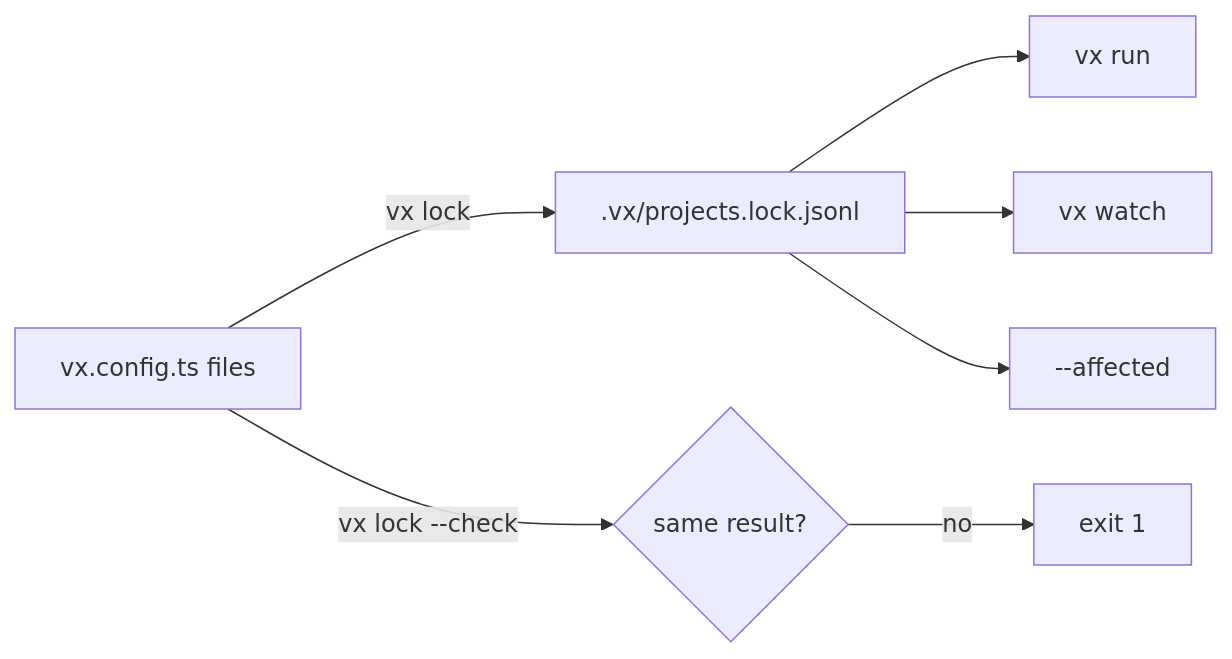
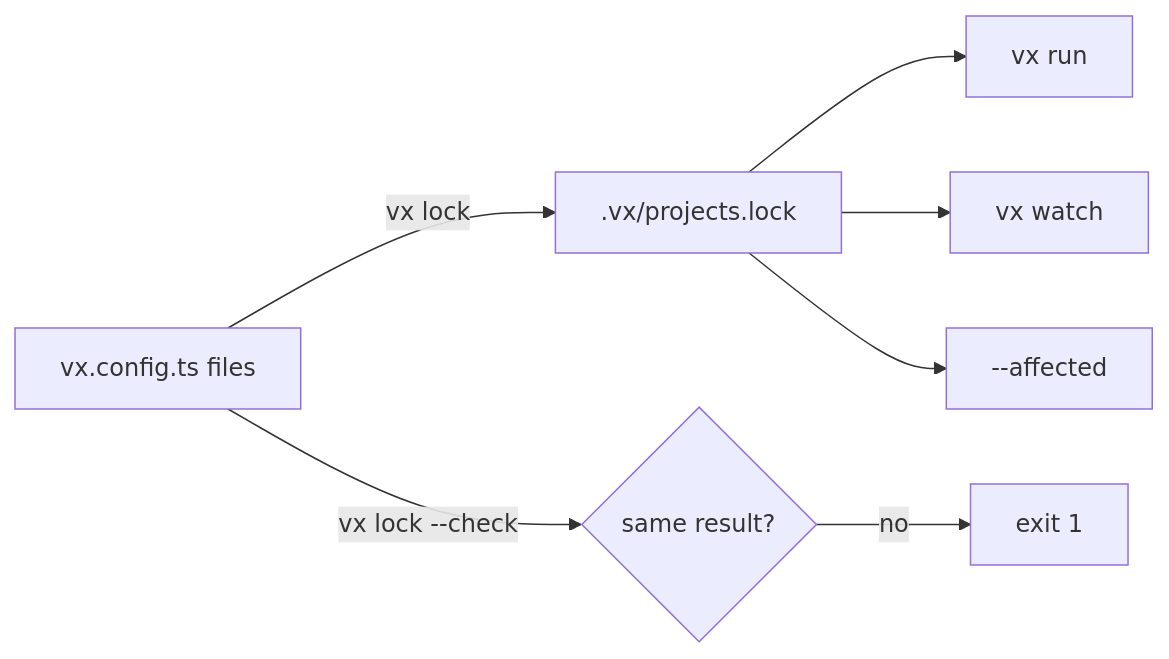
One commit to vznjs/vx changed the diagram in private/vx-docs/src/content/docs/blog/lock-and-frozen.md. Above: the diagram before and after it, drawn with Mermaid. The commit also changed other lines of this file and 125 other files, not shown here.

First line of the commit message:
refactor(cli)!: drop the lock merge driver, name it .vx/projects.lock

````diff
--- a/private/vx-docs/src/content/docs/blog/lock-and-frozen.md
+++ b/private/vx-docs/src/content/docs/blog/lock-and-frozen.md
@@ -40,9 +40,9 @@
 ```mermaid
 flowchart LR
-  C["vx.config.ts files"] -->|vx lock| L[.vx/projects.lock.jsonl]
+  C["vx.config.ts files"] -->|vx lock| L[.vx/projects.lock]
   L --> R[vx run]
   L --> W[vx watch]
   L --> A[--affected]
   C -->|vx lock --check| K{same result?}
   K -->|no| X[exit 1]
 ```
````
